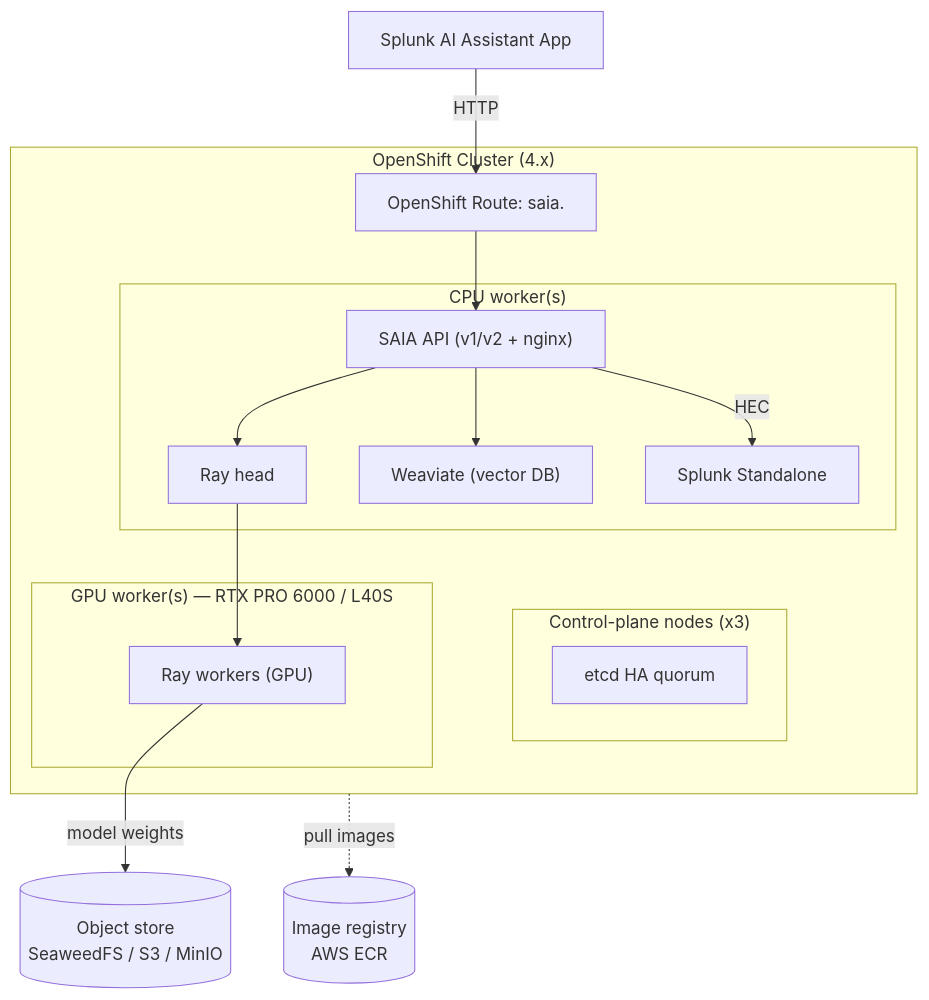
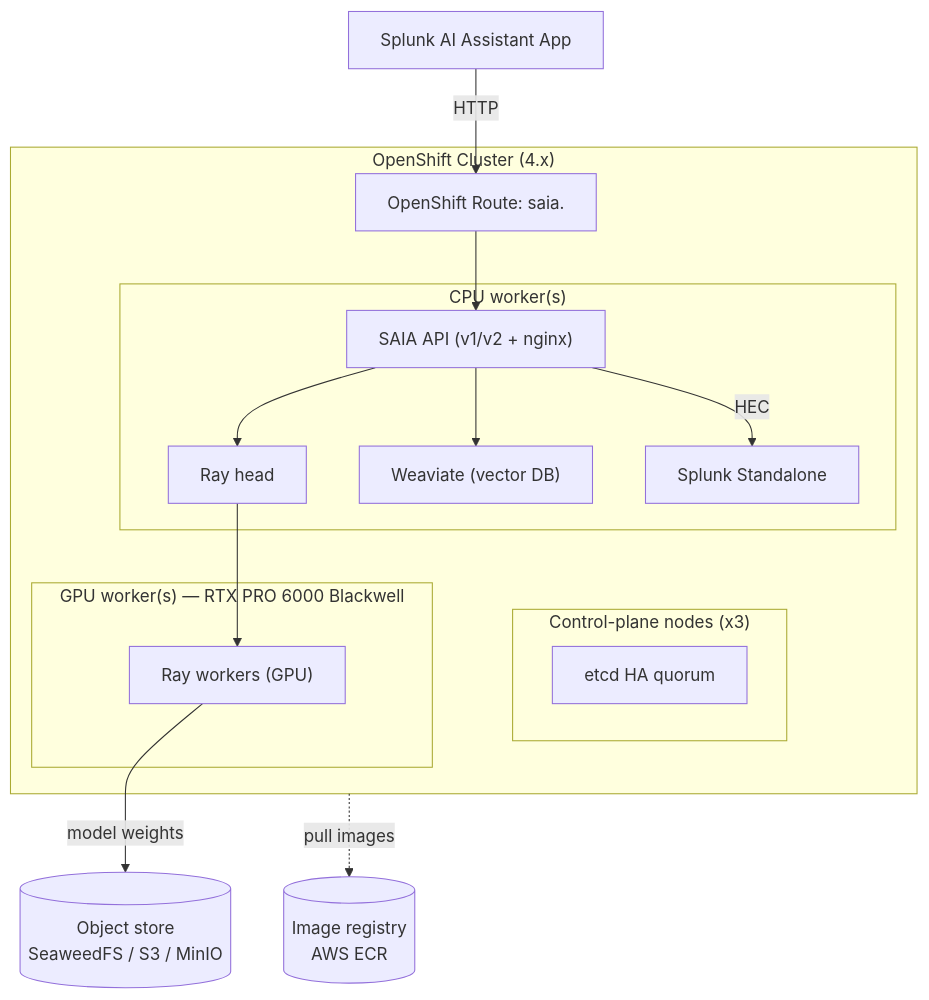
The diagram in tools/cluster_setup/OPENSHIFT_README.md (splunk/splunk-ai-operator), drawn with Mermaid before and after one commit. The commit also changed other lines of this file and 20 other files, not shown here.

````diff
--- a/tools/cluster_setup/OPENSHIFT_README.md
+++ b/tools/cluster_setup/OPENSHIFT_README.md
@@ -322,27 +346,27 @@
 ```mermaid
 flowchart TB
   subgraph OCP["OpenShift Cluster (4.x)"]
     subgraph CP["Control-plane nodes (x3)"]
       etcd["etcd HA quorum"]
     end
     subgraph CPUW["CPU worker(s)"]
       RH["Ray head"]
       WV["Weaviate (vector DB)"]
       SAIA["SAIA API (v1/v2 + nginx)"]
       SPL["Splunk Standalone"]
     end
-    subgraph GPUW["GPU worker(s) — RTX PRO 6000 / L40S"]
+    subgraph GPUW["GPU worker(s) — RTX PRO 6000 Blackwell"]
       RW["Ray workers (GPU)"]
     end
     RT["OpenShift Route: saia.<ingress-domain>"]
   end
   OBJ[("Object store\nSeaweedFS / S3 / MinIO")]
   ECR[("Image registry\nAWS ECR")]
 
   Client["Splunk AI Assistant App"] -->|HTTP| RT --> SAIA
   SAIA --> RH --> RW
   SAIA --> WV
   SAIA -->|HEC| SPL
   RW -->|model weights| OBJ
   OCP -.pull images.-> ECR
 ```
````
